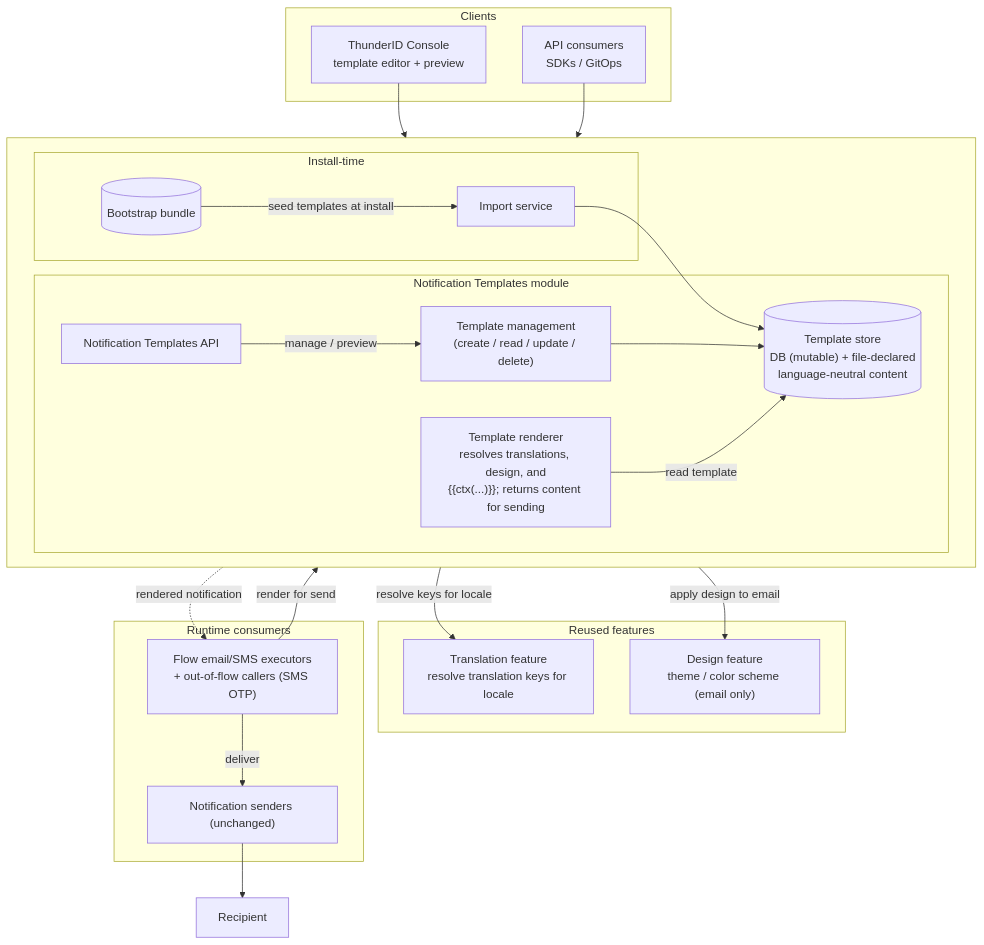
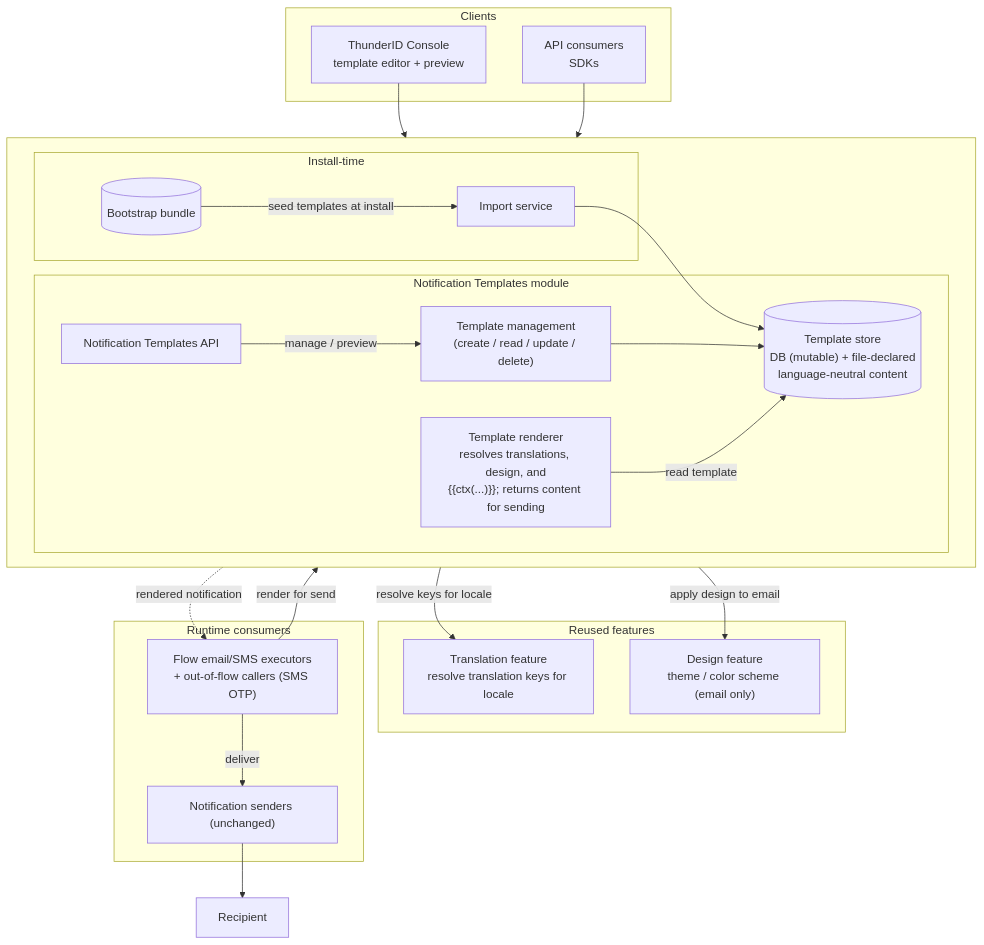
One commit to Thisara-Welmilla/thunderid changed the diagram in docs-internals/notification-templates/spec.md. Above: the diagram before and after it, drawn with Mermaid. The commit also changed other lines of this file, not shown here.

````diff
--- a/docs-internals/notification-templates/spec.md
+++ b/docs-internals/notification-templates/spec.md
@@ -25,48 +25,48 @@
 ```mermaid
 flowchart TB
     subgraph clients [Clients]
         Console["ThunderID Console<br/>template editor + preview"]
-        ApiClient["API consumers<br/>SDKs / GitOps"]
+        ApiClient["API consumers<br/>SDKs"]
     end
 
     subgraph core [ ]
         direction LR
         subgraph nt [Notification Templates module]
             API["Notification Templates API"]
             MgmtSvc["Template management<br/>(create / read / update / delete)"]
             Renderer["Template renderer<br/>resolves translations, design, and<br/>{{ctx(...)}}; returns content for sending"]
             Store[("Template store<br/>DB (mutable) + file-declared<br/>language-neutral content")]
         end
 
         subgraph install [Install-time]
             Bootstrap[("Bootstrap bundle")]
             Importer["Import service"]
         end
     end
 
     subgraph reused [Reused features]
         Translation["Translation feature<br/>resolve translation keys for locale"]
         Design["Design feature<br/>theme / color scheme (email only)"]
     end
 
     subgraph consumers [Runtime consumers]
         Flow["Flow email/SMS executors<br/>+ out-of-flow callers (SMS OTP)"]
         Sender["Notification senders (unchanged)"]
     end
     Recipient["Recipient"]
 
     Console --> API
     ApiClient --> API
     API -->|manage / preview| MgmtSvc
     MgmtSvc --> Store
     Bootstrap -->|seed templates at install| Importer --> Store
     Renderer -->|read template| Store
     Renderer -->|resolve keys for locale| Translation
     Renderer -->|apply design to email| Design
     Flow -->|render for send| Renderer
     Renderer -. rendered notification .-> Flow
     Flow -->|deliver| Sender --> Recipient
 
     Store ~~~ Translation
     nt ~~~ reused
 ```
````
